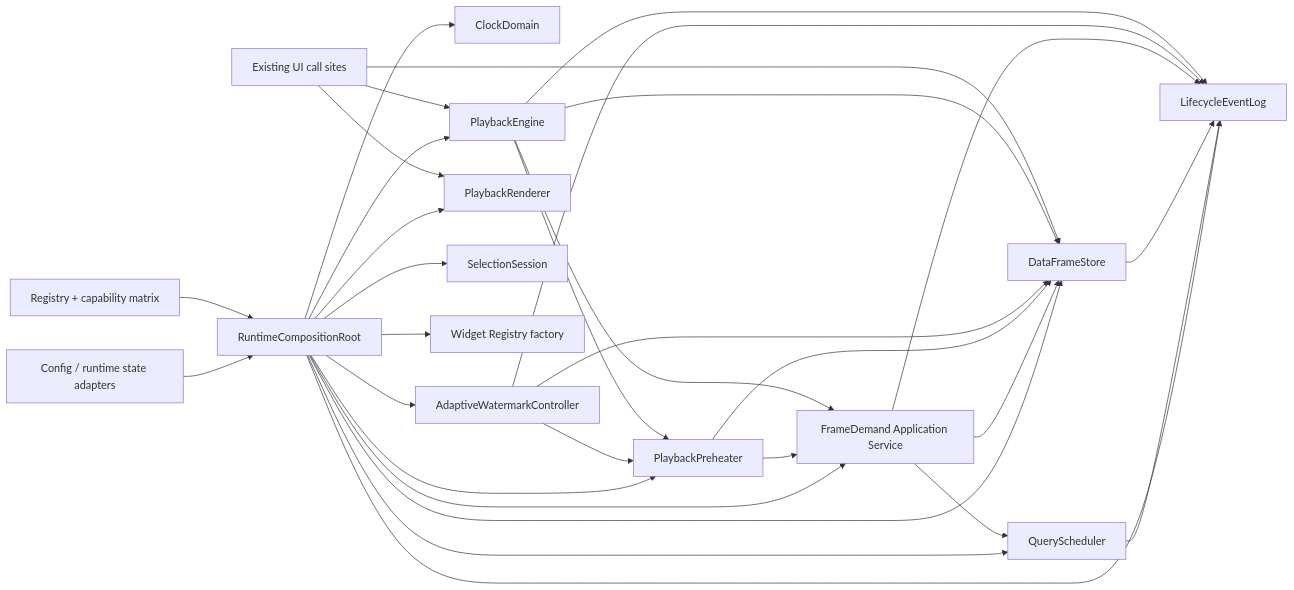
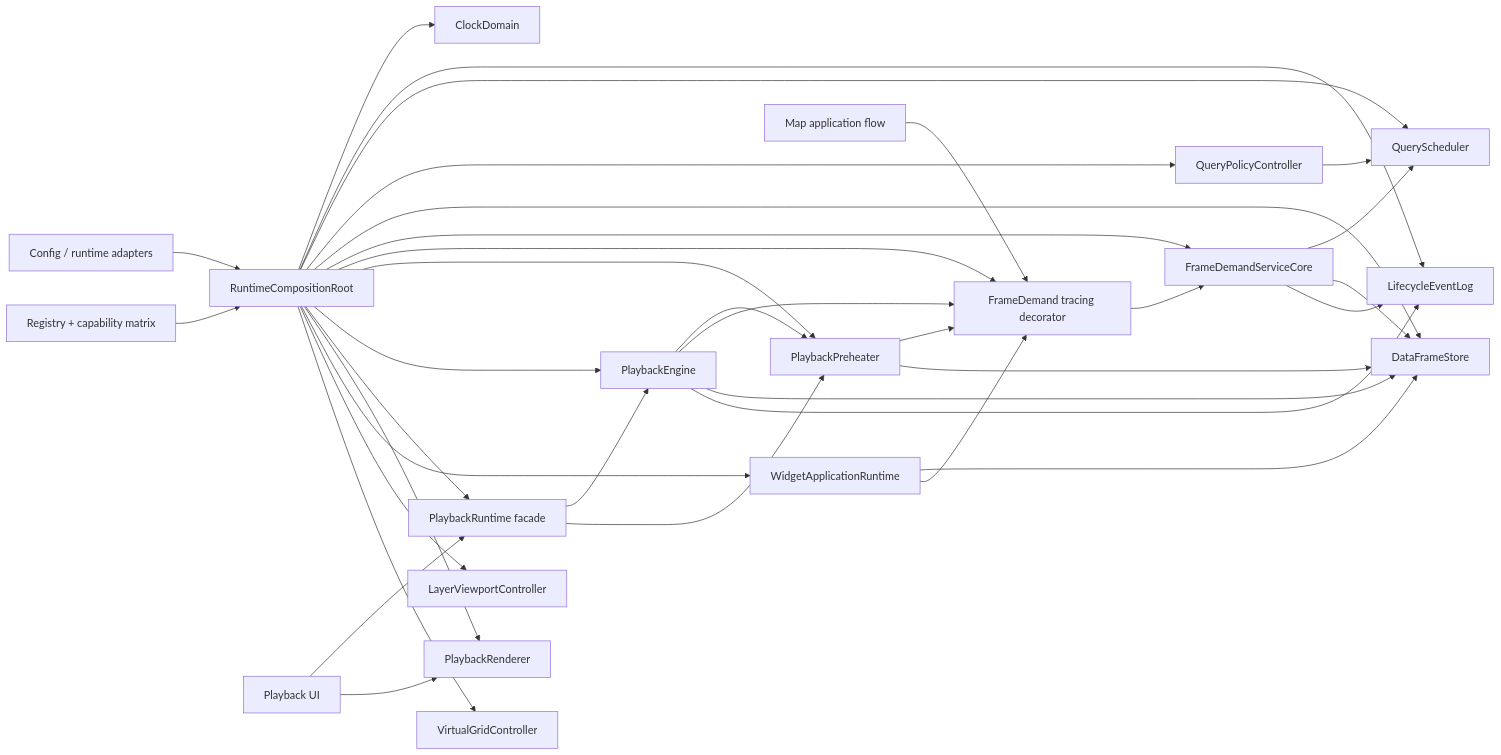
Before and after one commit to Kagamihara-Ruruka/gfw-flask-mysql-adapter: the diagram in docs/architecture/runtime-oop.md, drawn with Mermaid. The commit also changed other lines of this file and 89 other files, not shown here.

Commit message:
Converge runtime mapping query and cache ownership

````diff
--- a/docs/architecture/runtime-oop.md
+++ b/docs/architecture/runtime-oop.md
@@ -47,33 +19,39 @@
 ```mermaid
 flowchart LR
-  CFG["Config / runtime state adapters"] --> ROOT["RuntimeCompositionRoot"]
+  CFG["Config / runtime adapters"] --> ROOT["RuntimeCompositionRoot"]
   REG["Registry + capability matrix"] --> ROOT
   ROOT --> CLOCK["ClockDomain"]
-  ROOT --> LE["LifecycleEventLog"]
-  ROOT --> QS["QueryScheduler"]
-  ROOT --> DFS["DataFrameStore"]
-  ROOT --> FDS["FrameDemand Application Service"]
-  ROOT --> PP["PlaybackPreheater"]
-  ROOT --> AWC["AdaptiveWatermarkController"]
-  ROOT --> PE["PlaybackEngine"]
-  ROOT --> PR["PlaybackRenderer"]
-  ROOT --> SS["SelectionSession"]
-  ROOT --> WF["Widget Registry factory"]
-  QS --> LE
-  DFS --> LE
-  FDS --> QS
-  FDS --> DFS
-  FDS --> LE
-  PP --> FDS
-  PP --> DFS
-  AWC --> DFS
-  AWC --> LE
-  AWC --> PP
-  PE --> PP
-  PE --> FDS
-  PE --> DFS
-  PE --> LE
-  UI["Existing UI call sites"] --> PE
-  UI --> PR
-  UI --> DFS
+  ROOT --> EVENTS["LifecycleEventLog"]
+  ROOT --> SCHED["QueryScheduler"]
+  ROOT --> QUERYPOLICY["QueryPolicyController"]
+  ROOT --> STORE["DataFrameStore"]
+  ROOT --> CORE["FrameDemandServiceCore"]
+  ROOT --> DECORATOR["FrameDemand tracing decorator"]
+  ROOT --> PREHEAT["PlaybackPreheater"]
+  ROOT --> ENGINE["PlaybackEngine"]
+  ROOT --> RUNTIME["PlaybackRuntime facade"]
+  ROOT --> RENDERER["PlaybackRenderer"]
+  ROOT --> WIDGETAPP["WidgetApplicationRuntime"]
+  ROOT --> VIEWPORT["LayerViewportController"]
+  ROOT --> GRID["VirtualGridController"]
+
+  DECORATOR --> CORE
+  QUERYPOLICY --> SCHED
+  CORE --> SCHED
+  CORE --> STORE
+  CORE --> EVENTS
+  PREHEAT --> DECORATOR
+  PREHEAT --> STORE
+  ENGINE --> PREHEAT
+  ENGINE --> DECORATOR
+  ENGINE --> STORE
+  ENGINE --> EVENTS
+  RUNTIME --> ENGINE
+  RUNTIME --> PREHEAT
+
+  MAPAPP["Map application flow"] --> DECORATOR
+  WIDGETAPP --> STORE
+  WIDGETAPP --> DECORATOR
+  UI["Playback UI"] --> RUNTIME
+  UI --> RENDERER
 ```
````
